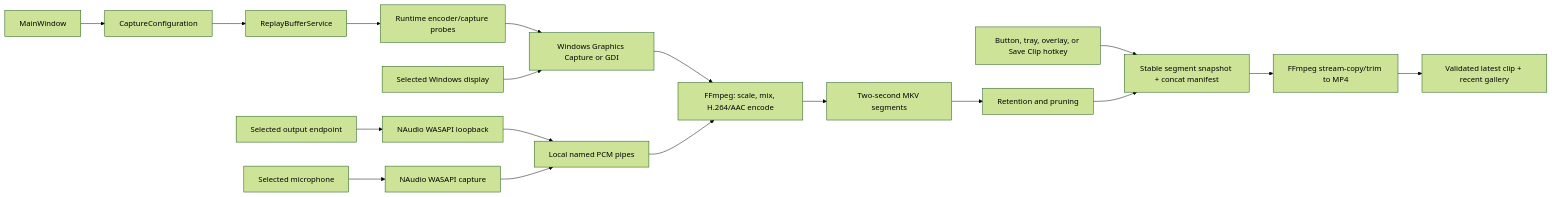
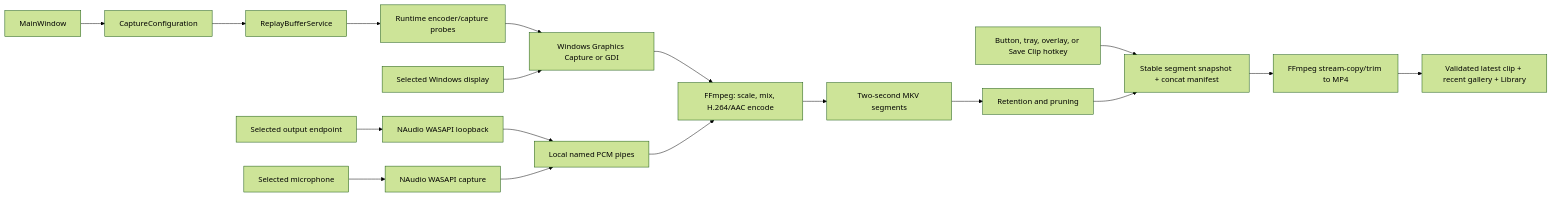
Before and after one commit to Purxy8/Clipping-Tool: the diagram in docs/ARCHITECTURE.md, drawn with Mermaid (forest theme). The commit also changed other lines of this file and 9 other files, not shown here.

First line of the commit message:
Add in-app clip library and improve performance

````diff
--- a/docs/ARCHITECTURE.md
+++ b/docs/ARCHITECTURE.md
@@ -39,20 +39,20 @@
 ```mermaid
 flowchart LR
     UI["MainWindow"] --> CFG["CaptureConfiguration"]
     CFG --> ENG["ReplayBufferService"]
     ENG --> PROBE["Runtime encoder/capture probes"]
     PROBE --> SOURCE["Windows Graphics Capture or GDI"]
     DISP["Selected Windows display"] --> SOURCE
     OUT["Selected output endpoint"] --> LOOP["NAudio WASAPI loopback"]
     MIC["Selected microphone"] --> WASAPI["NAudio WASAPI capture"]
     LOOP --> PIPE["Local named PCM pipes"]
     WASAPI --> PIPE
     SOURCE --> FFMPEG["FFmpeg: scale, mix, H.264/AAC encode"]
     PIPE --> FFMPEG
     FFMPEG --> SEG["Two-second MKV segments"]
     SEG --> KEEP["Retention and pruning"]
     HOTKEY["Button, tray, overlay, or Save Clip hotkey"] --> SAVE["Stable segment snapshot + concat manifest"]
     KEEP --> SAVE
     SAVE --> MP4["FFmpeg stream-copy/trim to MP4"]
-    MP4 --> LIB["Validated latest clip + recent gallery"]
+    MP4 --> LIB["Validated latest clip + recent gallery + Library"]
 ```
````
